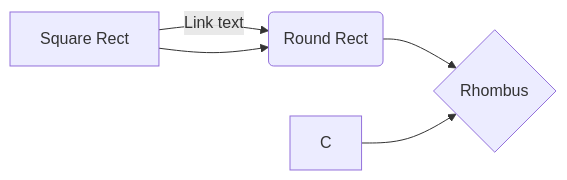
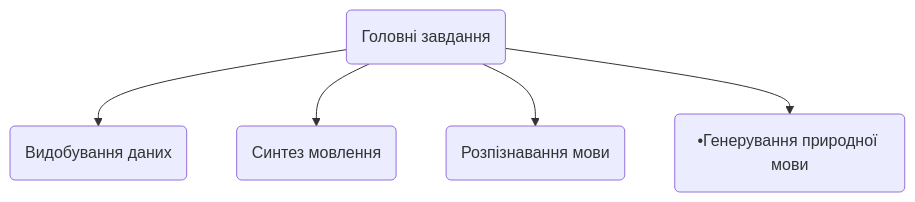
The diagram in ODB.md (AleksFromUa/DBB-Project), drawn with Mermaid before and after one commit. The commit also changed other lines of this file, not shown here.

Commit message:
ODB.md updated from https://stackedit.io/

````diff
--- a/ODB.md
+++ b/ODB.md
@@ -99,7 +99,7 @@
 ```mermaid
-graph LR
-A[Square Rect] -- Link text --> B((Circle))
-A --> B(Round Rect)
-B --> D{Rhombus}
-C --> D
+graph TD
+A(Головні завдання) --> B(Видобування даних)
+A --> C(Синтез мовлення)
+A --> D(Розпізнавання мови)
+A --> E(•Генерування природної мови)
 ```
````
